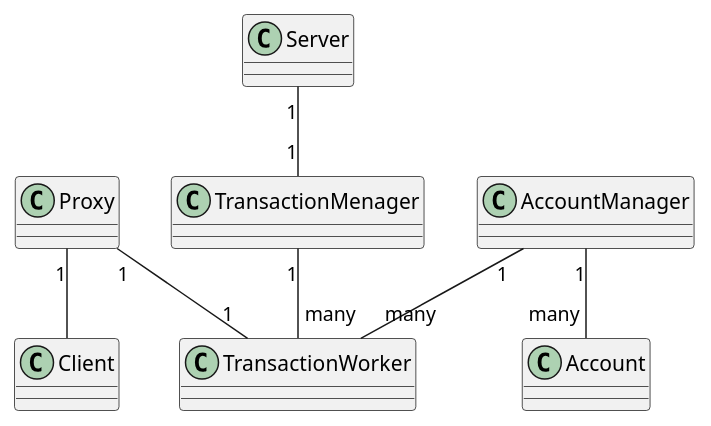
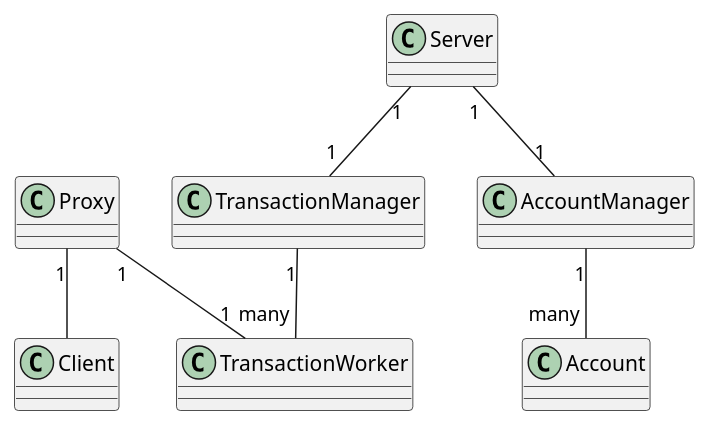
Before and after one commit to Csaluski/cs-465-spring2022: the diagram in transaction_occ/diagrams/classes.pu, drawn with PlantUML. The commit also changed 19 other files, not shown here.

```diff
--- a/transaction_occ/diagrams/classes.pu
+++ b/transaction_occ/diagrams/classes.pu
@@ -1,36 +1,36 @@
 @startuml
 Class Client {
 }
 
 Class Proxy {
 }
 
 Class TransactionWorker {
 }
 
-Class TransactionMenager {
+Class TransactionManager {
 }
 
 Class Server {
 
 }
 
 Class AccountManager {
 
 }
 
 Class Account {
     
 }
 
 
 
+Server "1" -- "1" TransactionManager
+Server "1" -- "1" AccountManager
 
 Proxy "1" -- Client
 Proxy "1" -- "1" TransactionWorker
-TransactionMenager "1" -- "many" TransactionWorker
-Server "1" -- "1" TransactionMenager
+TransactionManager "1" -- "many" TransactionWorker
 AccountManager "1" -- "many" Account
-AccountManager "1" -- "many" TransactionWorker
 
 @enduml
```
